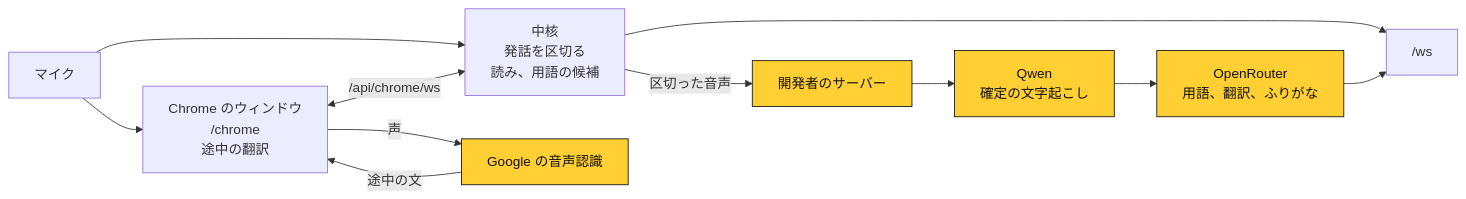
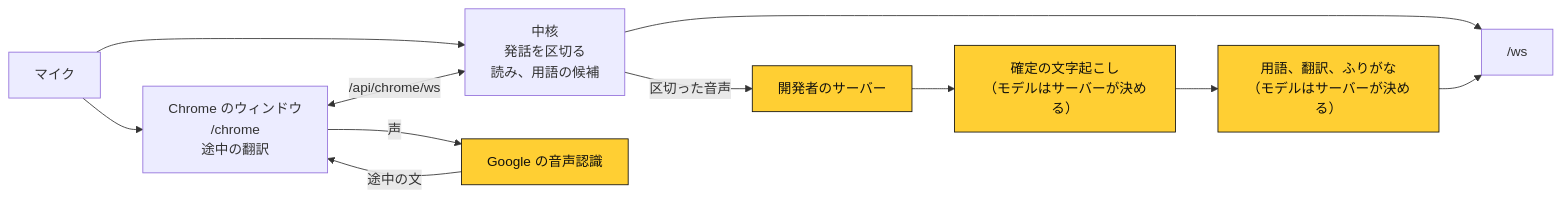
The second of 4 diagrams in README.md (Chiji1108/deadlock-jimaku), drawn with Mermaid before and after one commit. The commit also changed other lines of this file, not shown here.

````diff
--- a/README.md
+++ b/README.md
@@ -167,15 +167,15 @@
 ```mermaid
 flowchart LR
   mic["マイク"] --> core["中核<br/>発話を区切る<br/>読み、用語の候補"]
   mic --> tab["Chrome のウィンドウ<br/>/chrome<br/>途中の翻訳"]
   tab -- "声" --> google["Google の音声認識"]
   google -- "途中の文" --> tab
   tab <-- "/api/chrome/ws" --> core
   core -- "区切った音声" --> worker["開発者のサーバー"]
-  worker --> stt["Qwen<br/>確定の文字起こし"]
-  stt --> words["OpenRouter<br/>用語、翻訳、ふりがな"]
+  worker --> stt["確定の文字起こし<br/>（モデルはサーバーが決める）"]
+  stt --> words["用語、翻訳、ふりがな<br/>（モデルはサーバーが決める）"]
   core --> ws["/ws"]
   words --> ws
   classDef cloud fill:#ffcf33,stroke:#12110e,color:#12110e
   class google,worker,stt,words cloud
 ```
````
